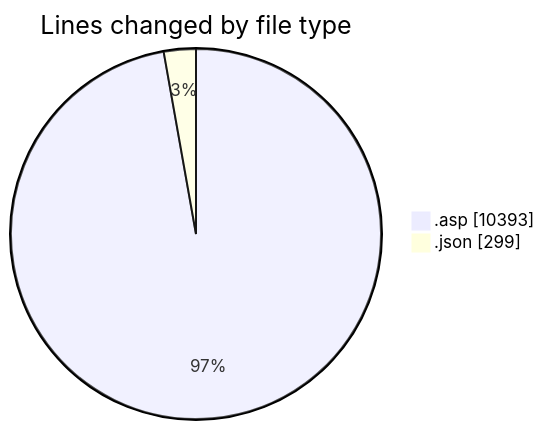
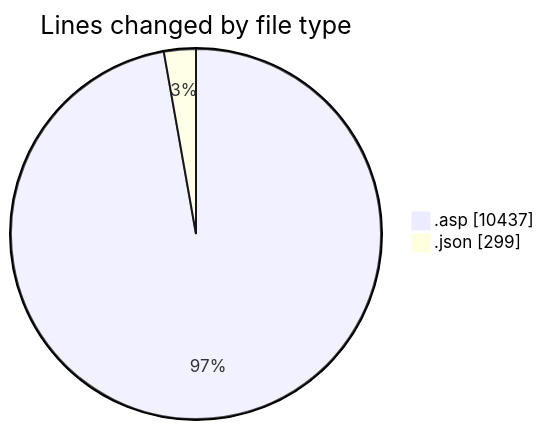
The first of 2 diagrams in 2025-11-15/usr_aleoudev_fr__workspace_/README.md (julien-gomy/code-tracking), drawn with Mermaid before and after one commit. The commit also changed other lines of this file and 1 other file, not shown here.

````diff
--- a/2025-11-15/usr_aleoudev_fr__workspace_/README.md
+++ b/2025-11-15/usr_aleoudev_fr__workspace_/README.md
@@ -28,6 +28,6 @@
 ```mermaid
 pie showData
 title Lines changed by file type
-".asp" : 10393
+".asp" : 10437
 ".json" : 299
 ```
````
